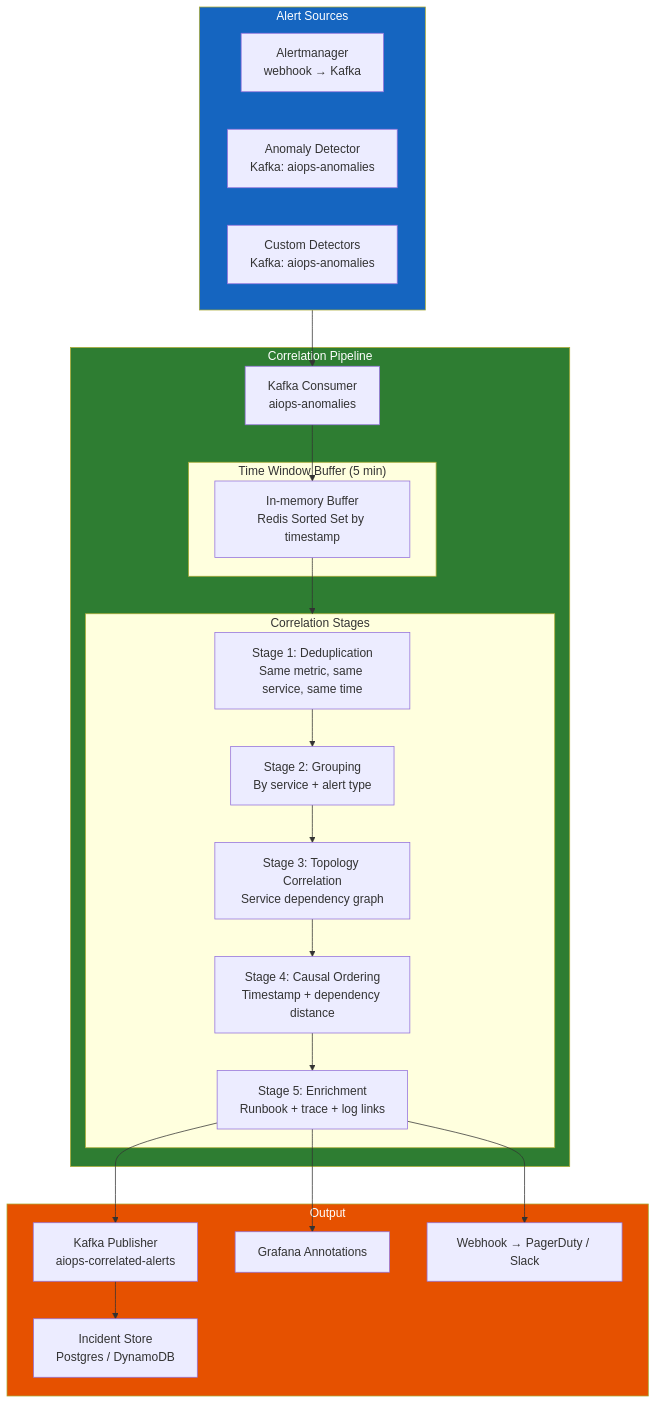
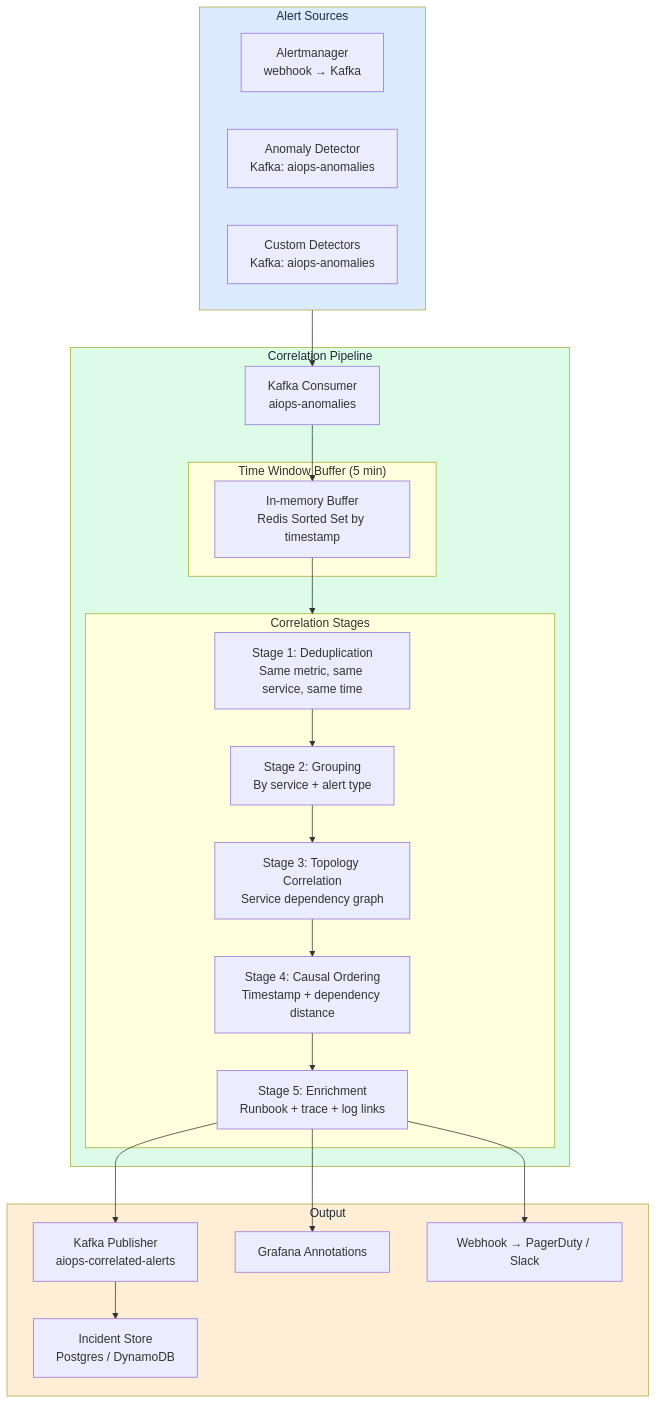
Before and after one commit to XUanhoa04/aiops-engineering-handbook: the second of 4 diagrams in docs/en/09-alert-correlation/README.md, drawn with Mermaid. The commit also changed other lines of this file and 39 other files, not shown here.

First line of the commit message:
docs: concept-first Ch.08-12, collapse code, soft Mermaid colors

````diff
--- a/docs/en/09-alert-correlation/README.md
+++ b/docs/en/09-alert-correlation/README.md
@@ -125,41 +144,41 @@
 ```mermaid
 flowchart TD
     subgraph Sources["Alert Sources"]
         AM[Alertmanager\nwebhook → Kafka]
         AD[Anomaly Detector\nKafka: aiops-anomalies]
         CD[Custom Detectors\nKafka: aiops-anomalies]
     end
 
     subgraph Pipeline["Correlation Pipeline"]
         CONS[Kafka Consumer\naiops-anomalies]
         
         subgraph Window["Time Window Buffer (5 min)"]
             BUFF[In-memory Buffer\nRedis Sorted Set by timestamp]
         end
         
         subgraph Stages["Correlation Stages"]
             S1[Stage 1: Deduplication\nSame metric, same service, same time]
             S2[Stage 2: Grouping\nBy service + alert type]
             S3[Stage 3: Topology Correlation\nService dependency graph]
             S4[Stage 4: Causal Ordering\nTimestamp + dependency distance]
             S5[Stage 5: Enrichment\nRunbook + trace + log links]
         end
     end
 
     subgraph Output["Output"]
         PUB[Kafka Publisher\naiops-correlated-alerts]
         INCIDENT[Incident Store\nPostgres / DynamoDB]
         GRAFANA[Grafana Annotations]
         WEBHOOK[Webhook → PagerDuty / Slack]
     end
 
     Sources --> CONS --> BUFF --> Stages
     S1 --> S2 --> S3 --> S4 --> S5
     S5 --> PUB --> INCIDENT
     S5 --> GRAFANA
     S5 --> WEBHOOK
 
-    style Sources fill:#1565c0,color:#fff
-    style Pipeline fill:#2e7d32,color:#fff
-    style Output fill:#e65100,color:#fff
+    style Sources fill:#dbeafe,color:#1e293b
+    style Pipeline fill:#dcfce7,color:#1e293b
+    style Output fill:#ffedd5,color:#1e293b
 ```
````
